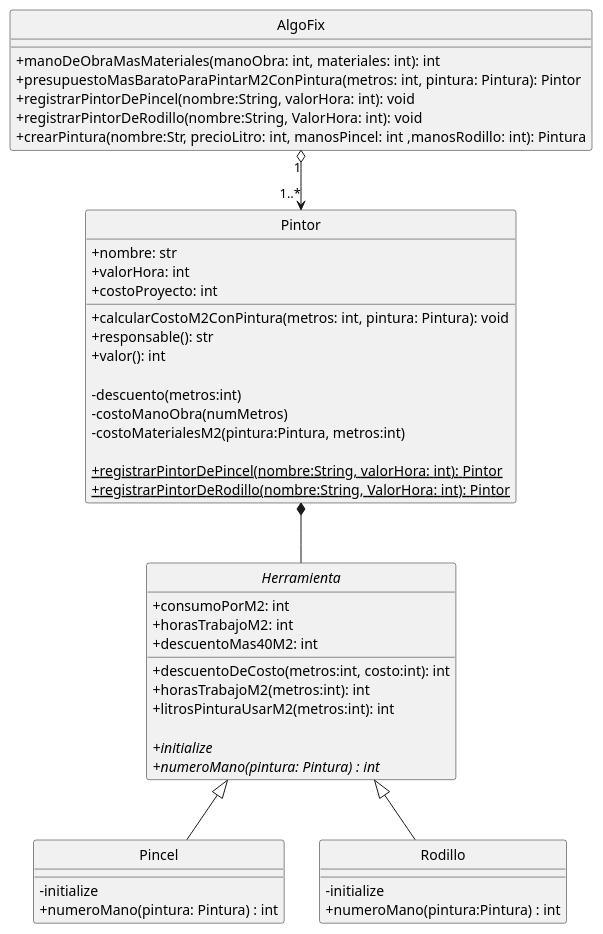
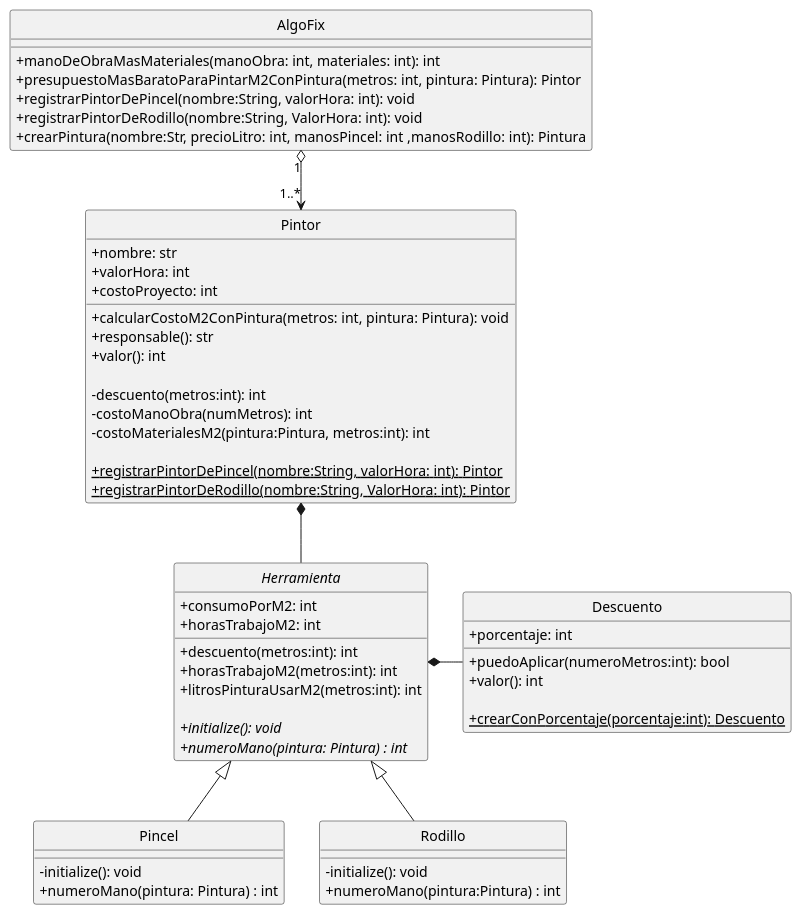
Before and after one commit to LuisParedes1/C3_TPs: the diagram in TP1/Documentacion/diagramas/Diagrama_Clases/Diagrama_Clase/Diagrama_Clase1.wsd, drawn with PlantUML. The commit also changed 47 other files, not shown here.

```diff
--- a/TP1/Documentacion/diagramas/Diagrama_Clases/Diagrama_Clase/Diagrama_Clase1.wsd
+++ b/TP1/Documentacion/diagramas/Diagrama_Clases/Diagrama_Clase/Diagrama_Clase1.wsd
@@ -1,68 +1,76 @@
 @startuml DiagramaClase01
     hide circle
     skinparam classAttributeIconSize 0
 
     class AlgoFix{
 
     + {method} manoDeObraMasMateriales(manoObra: int, materiales: int): int
     + {method} presupuestoMasBaratoParaPintarM2ConPintura(metros: int, pintura: Pintura): Pintor 
     + {method} registrarPintorDePincel(nombre:String, valorHora: int): void
     + {method} registrarPintorDeRodillo(nombre:String, ValorHora: int): void
     + {method} crearPintura(nombre:Str, precioLitro: int, manosPincel: int ,manosRodillo: int): Pintura
    
 
     }
 
     class Pintor{
         + {field} nombre: str
         + {field} valorHora: int
         + {field} costoProyecto: int
 
         + {method} calcularCostoM2ConPintura(metros: int, pintura: Pintura): void
         + {method} responsable(): str
         + {method} valor(): int
 
-        - {method} descuento(metros:int)
-        - {method} costoManoObra(numMetros)
-        - {method} costoMaterialesM2(pintura:Pintura, metros:int)
+        - {method} descuento(metros:int): int
+        - {method} costoManoObra(numMetros): int
+        - {method} costoMaterialesM2(pintura:Pintura, metros:int): int
 
         + {static}{method} registrarPintorDePincel(nombre:String, valorHora: int): Pintor
         + {static}{method} registrarPintorDeRodillo(nombre:String, ValorHora: int): Pintor
 
     }
 
     abstract class Herramienta{
         + {field} consumoPorM2: int
         + {field} horasTrabajoM2: int
-        + {field} descuentoMas40M2: int
-
-        + {method} descuentoDeCosto(metros:int, costo:int): int
+    
+        + {method} descuento(metros:int): int
         + {method} horasTrabajoM2(metros:int): int
         + {method} litrosPinturaUsarM2(metros:int): int
 
-        + {abstract}{method} initialize
+        + {abstract}{method} initialize(): void
         + {abstract}{method} numeroMano(pintura: Pintura) : int
     }
 
+    class Descuento{
+        + {field} porcentaje: int
+
+        + {method} puedoAplicar(numeroMetros:int): bool
+        + {method} valor(): int
+
+        + {static}{method} crearConPorcentaje(porcentaje:int): Descuento 
+    }
+
     class Pincel{
-        - {method} initialize
+        - {method} initialize(): void
         + {method} numeroMano(pintura: Pintura) : int
     }
 
     class Rodillo{
-        - {method} initialize
+        - {method} initialize(): void
         + {method} numeroMano(pintura:Pintura) : int
     }
 
 
     'Asociaciones
 
     AlgoFix "1" o--> "1..*" Pintor
     
     Pintor *-- Herramienta
     
-
+    Herramienta *- Descuento
     Herramienta <|-- Rodillo
     Herramienta <|-- Pincel
 
 @enduml
```
